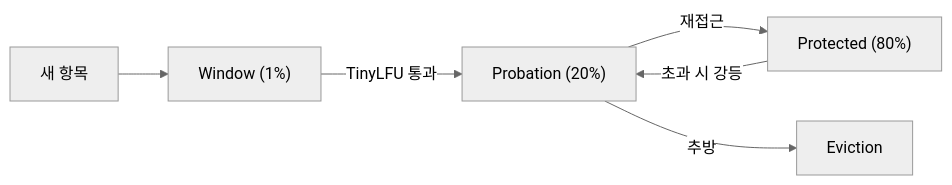
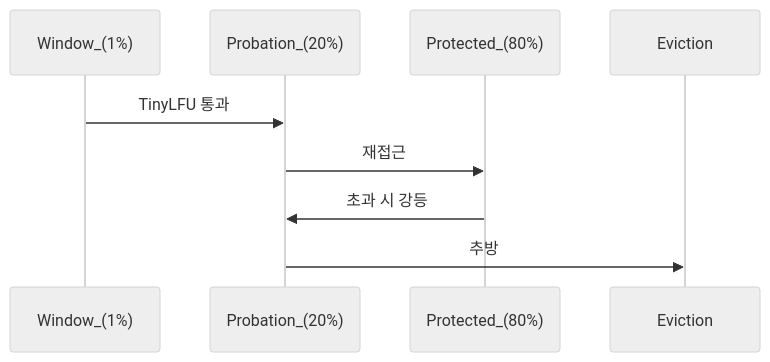
Before and after one commit to yjkim2015/yjkim2015.github.io: the third of 4 diagrams in _posts/localcache/2026-05-01-cache-eviction-algorithms.md, drawn with Mermaid (neutral theme). The commit also changed other lines of this file and 89 other files, not shown here.

First line of the commit message:
복잡한 flowchart 163개 → sequenceDiagram 변환 (90파일)

````diff
--- a/_posts/localcache/2026-05-01-cache-eviction-algorithms.md
+++ b/_posts/localcache/2026-05-01-cache-eviction-algorithms.md
@@ -409,8 +409,7 @@
 ```mermaid
-graph LR
-    NEW["새 항목"] --> WC["Window (1%)"]
-    WC -->|TinyLFU 통과| PROB["Probation (20%)"]
-    PROB -->|재접근| PROT["Protected (80%)"]
-    PROT -->|초과 시 강등| PROB
-    PROB -->|추방| EVICT["Eviction"]
+sequenceDiagram
+    Window_(1%)->>Probation_(20%): TinyLFU 통과
+    Probation_(20%)->>Protected_(80%): 재접근
+    Protected_(80%)->>Probation_(20%): 초과 시 강등
+    Probation_(20%)->>Eviction: 추방
 ```
````
